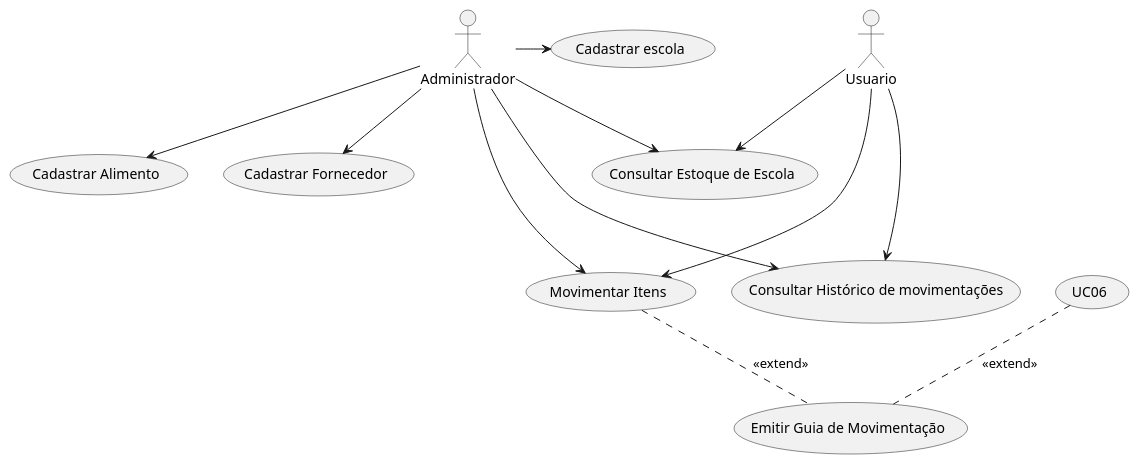
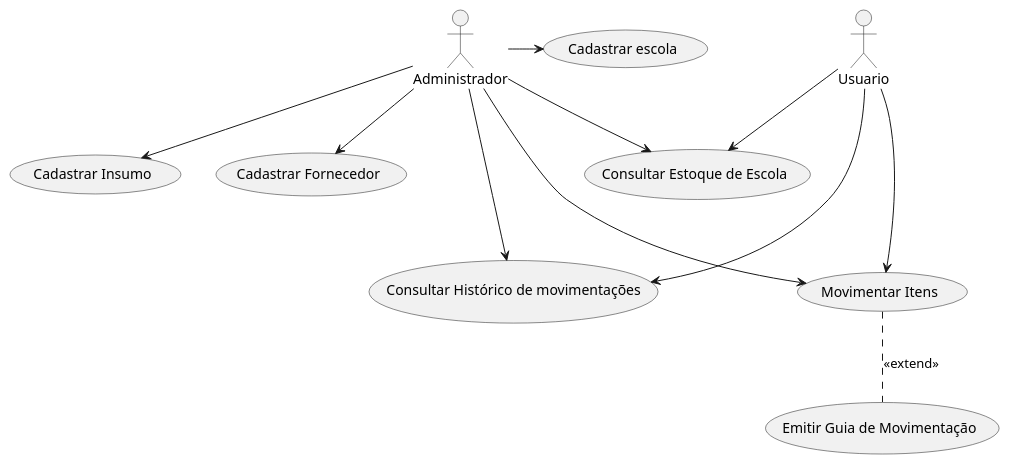
Before and after one commit to NOCKjr/TESI_I_PROJETO_ESTOQUE: the diagram in diagrama-casos-de-uso.puml, drawn with PlantUML. The commit also changed 1 other file, not shown here.

```diff
--- a/diagrama-casos-de-uso.puml
+++ b/diagrama-casos-de-uso.puml
@@ -1,26 +1,26 @@
 @startuml Diagrama de Casos de Uso
 'https://plantuml.com/use-case-diagram
 
 (Cadastrar escola) as (UC01)
-(Cadastrar Alimento) as (UC02)
+(Cadastrar Insumo) as (UC02)
 (Cadastrar Fornecedor) as (UC03)
 (Consultar Histórico de movimentações) as (UC04)
 (Movimentar Itens) as (UC05)
 (Emitir Guia de Movimentação) as (UC07)
 (Consultar Estoque de Escola) as (UC08)
 
 
 Administrador -> (UC01)
 Administrador --> (UC02)
 Administrador --> (UC03)
 Administrador ---> (UC04)
 Administrador ---> (UC05)
 Administrador --> (UC08)
 
 Usuario ---> (UC04)
 Usuario ---> (UC05)
 Usuario --> (UC08)
 
 (UC05) .. (UC07) : <<extend>>
-(UC06) .. (UC07) : <<extend>>
+' (UC06) .. (UC07) : <<extend>>
 @enduml
```
